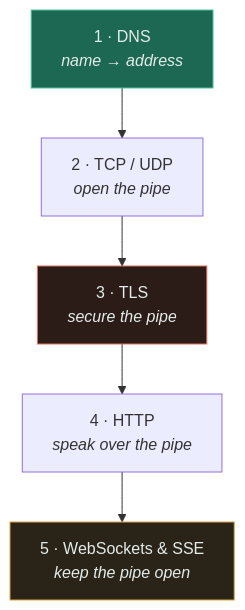
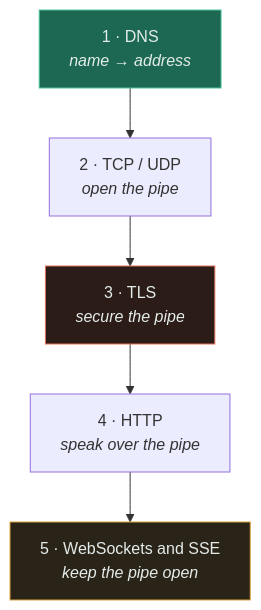
One commit to SAGARCHRY0777/system-design-lab changed the diagram in 01-networking/README.md. Above: the diagram before and after it, drawn with Mermaid. The commit also changed 38 other files, not shown here.

First line of the commit message:
feat: networking, security, API design, architecture, diagnostic, exercises

````diff
--- a/01-networking/README.md
+++ b/01-networking/README.md
@@ -23,11 +23,11 @@
 ```mermaid
 flowchart TD
     DNS["1 · DNS<br/><i>name → address</i>"] --> TCP["2 · TCP / UDP<br/><i>open the pipe</i>"]
     TCP --> TLS["3 · TLS<br/><i>secure the pipe</i>"]
     TLS --> HTTP["4 · HTTP<br/><i>speak over the pipe</i>"]
-    HTTP --> WS["5 · WebSockets & SSE<br/><i>keep the pipe open</i>"]
+    HTTP --> WS["5 · WebSockets and SSE<br/><i>keep the pipe open</i>"]
 
     style DNS fill:#1c6853,stroke:#4fc3a1,color:#e4ecea
     style TLS fill:#2b1c17,stroke:#e0705a,color:#e4ecea
     style WS fill:#2a2317,stroke:#d9a441,color:#e4ecea
 ```
````
